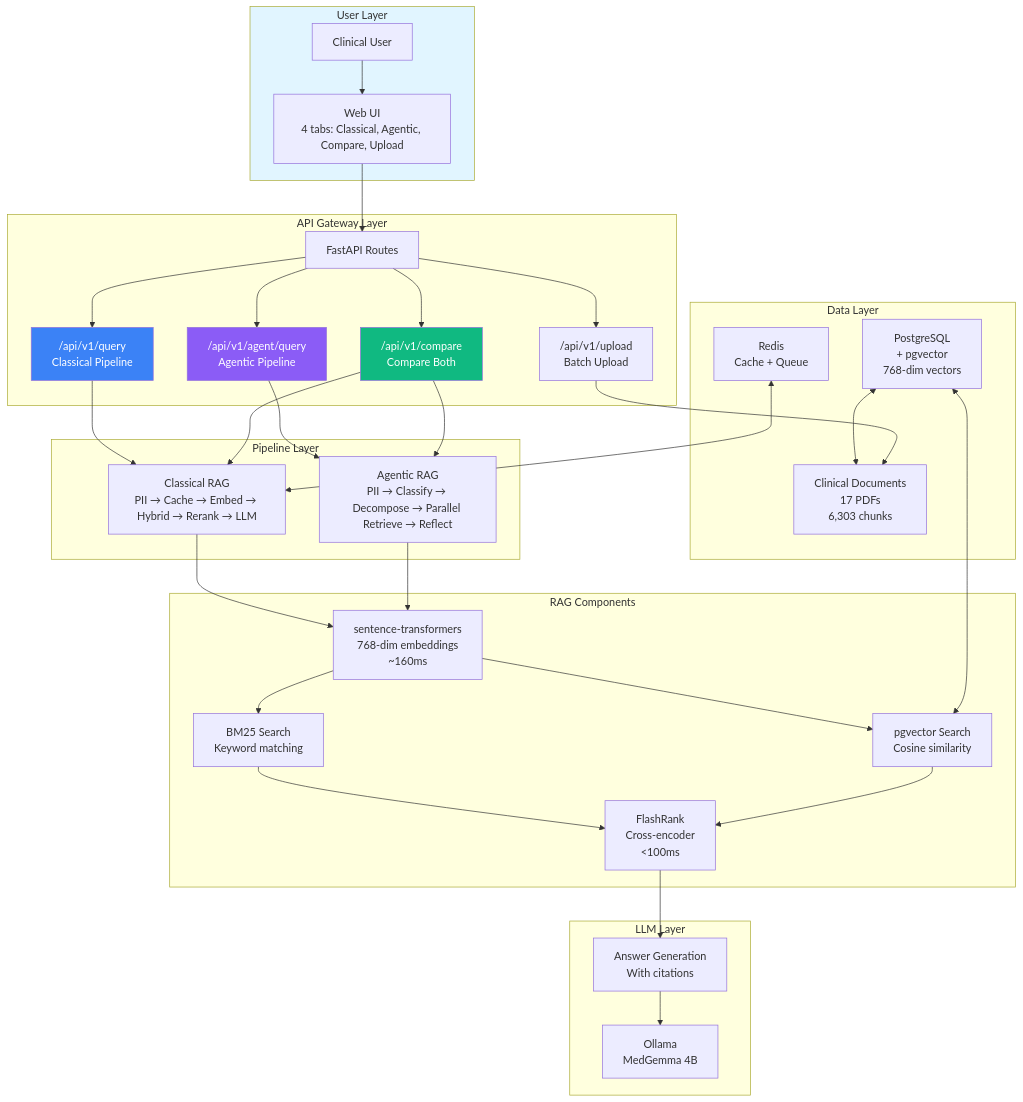
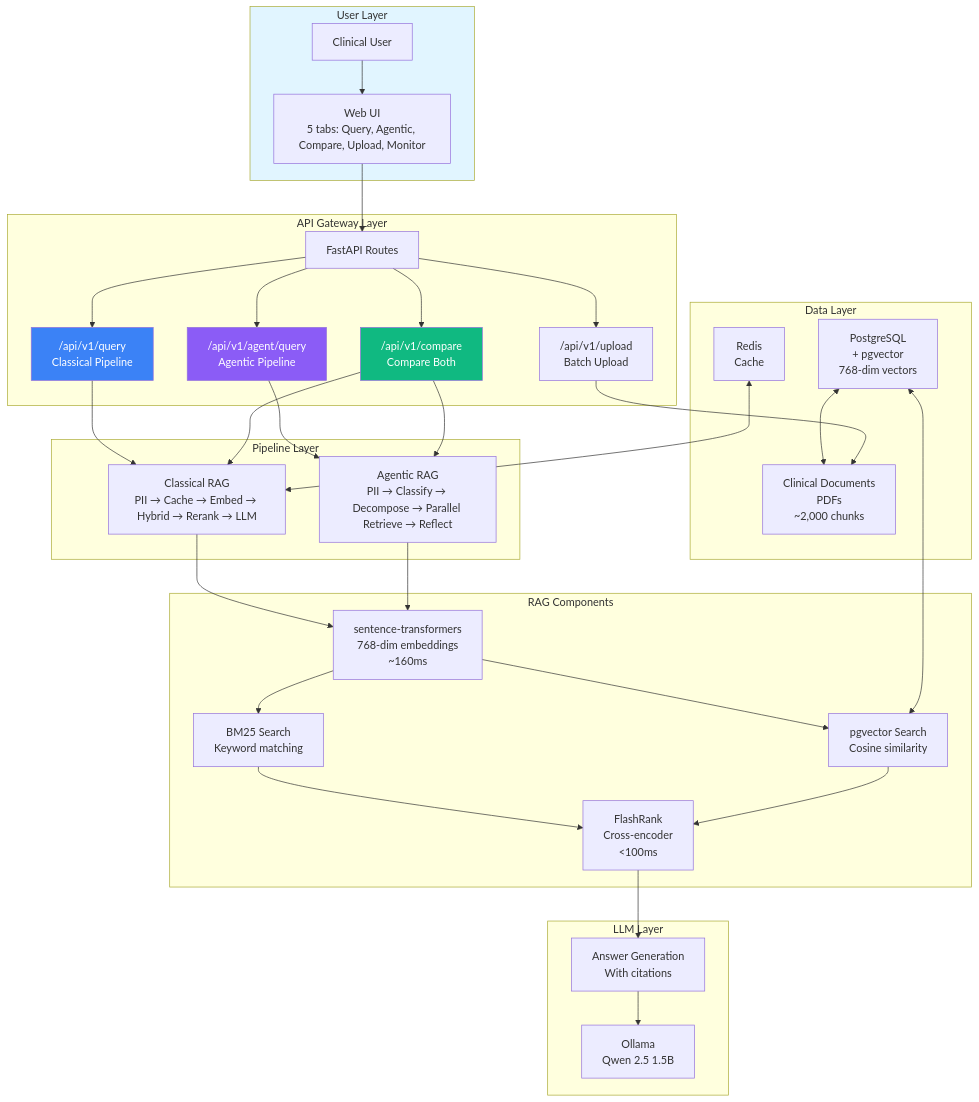
The diagram in docs/architecture/README.md (jmomugtong/KaagapAI), drawn with Mermaid before and after one commit. The commit also changed other lines of this file and 3 other files, not shown here.

First line of the commit message:
docs(architecture): fix outdated info across all architecture docs

````diff
--- a/docs/architecture/README.md
+++ b/docs/architecture/README.md
@@ -20,73 +20,73 @@
 ```mermaid
 graph TB
     subgraph Input["User Layer"]
         User[Clinical User]
-        Frontend[Web UI<br/>4 tabs: Classical, Agentic, Compare, Upload]
+        Frontend[Web UI<br/>5 tabs: Query, Agentic, Compare, Upload, Monitor]
     end
 
     subgraph API["API Gateway Layer"]
         Routes[FastAPI Routes]
         Classical["/api/v1/query<br/>Classical Pipeline"]
         Agentic["/api/v1/agent/query<br/>Agentic Pipeline"]
         Compare["/api/v1/compare<br/>Compare Both"]
         Upload["/api/v1/upload<br/>Batch Upload"]
     end
 
     subgraph Pipelines["Pipeline Layer"]
         ClassicalPipe["Classical RAG<br/>PII → Cache → Embed → Hybrid → Rerank → LLM"]
         AgenticPipe["Agentic RAG<br/>PII → Classify → Decompose → Parallel Retrieve → Reflect"]
     end
 
     subgraph RAG["RAG Components"]
         Embedding["sentence-transformers<br/>768-dim embeddings<br/>~160ms"]
         BM25["BM25 Search<br/>Keyword matching"]
         Vector["pgvector Search<br/>Cosine similarity"]
         Reranker["FlashRank<br/>Cross-encoder<br/>&lt;100ms"]
     end
 
     subgraph LLM["LLM Layer"]
-        Ollama["Ollama<br/>MedGemma 4B"]
+        Ollama["Ollama<br/>Qwen 2.5 1.5B"]
         Synthesis["Answer Generation<br/>With citations"]
     end
 
     subgraph Data["Data Layer"]
         Postgres["PostgreSQL<br/>+ pgvector<br/>768-dim vectors"]
-        Redis["Redis<br/>Cache + Queue"]
-        Docs["Clinical Documents<br/>17 PDFs<br/>6,303 chunks"]
+        Redis["Redis<br/>Cache"]
+        Docs["Clinical Documents<br/>PDFs<br/>~2,000 chunks"]
     end
 
     User --> Frontend
     Frontend --> Routes
 
     Routes --> Classical
     Routes --> Agentic
     Routes --> Compare
     Routes --> Upload
 
     Classical --> ClassicalPipe
     Agentic --> AgenticPipe
     Compare --> ClassicalPipe
     Compare --> AgenticPipe
 
     ClassicalPipe --> Embedding
     AgenticPipe --> Embedding
 
     Embedding --> BM25
     Embedding --> Vector
 
     BM25 --> Reranker
     Vector --> Reranker
 
     Reranker --> Synthesis
     Synthesis --> Ollama
 
     Postgres <--> Vector
     Postgres <--> Docs
     Redis <--> ClassicalPipe
     Upload --> Docs
 
     style Input fill:#e1f5ff
     style Classical fill:#3b82f6,color:#fff
     style Agentic fill:#8b5cf6,color:#fff
     style Compare fill:#10b981,color:#fff
 ```
````
